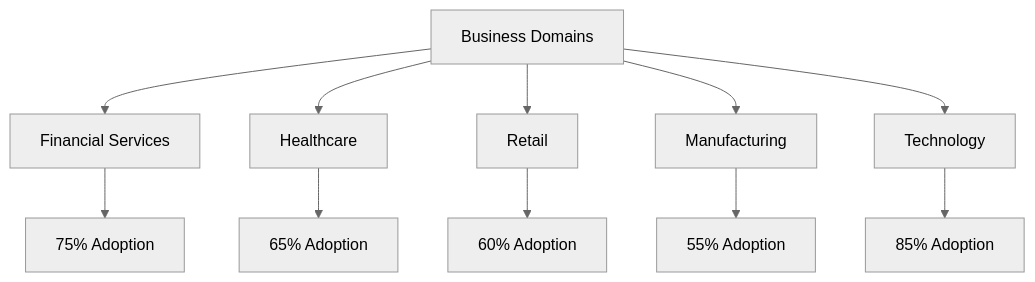
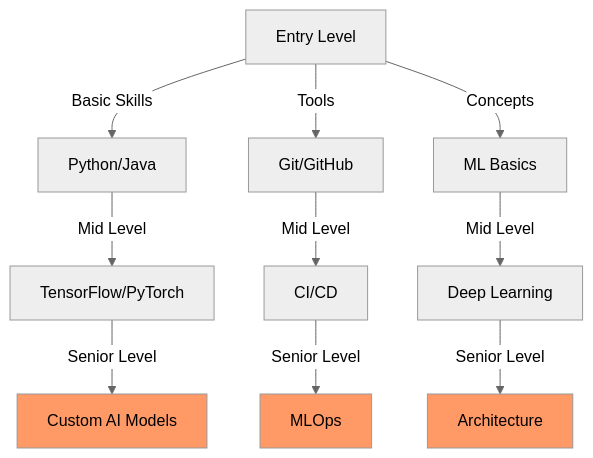
The eighth of 10 diagrams in data/final_report.md (vgiri2015/ai-agentic-rag-job-market-analysis), drawn with Mermaid (neutral theme) before and after one commit. The commit also changed other lines of this file and 1 other file, not shown here.

````diff
--- a/data/final_report.md
+++ b/data/final_report.md
@@ -70,14 +242,15 @@
 ```mermaid
 graph TD
-    A[Business Domains] --> B[Financial Services]
-    A --> C[Healthcare]
-    A --> D[Retail]
-    A --> E[Manufacturing]
-    A --> F[Technology]
-    
-    B --> B1[75% Adoption]
-    C --> C1[65% Adoption]
-    D --> D1[60% Adoption]
-    E --> E1[55% Adoption]
-    F --> F1[85% Adoption]
+    A[Entry Level] -->|Basic Skills| B[Python/Java]
+    A -->|Tools| C[Git/GitHub]
+    A -->|Concepts| D[ML Basics]
+    B -->|Mid Level| E[TensorFlow/PyTorch]
+    C -->|Mid Level| F[CI/CD]
+    D -->|Mid Level| G[Deep Learning]
+    E -->|Senior Level| H[Custom AI Models]
+    F -->|Senior Level| I[MLOps]
+    G -->|Senior Level| J[Architecture]
+    style H fill:#f96
+    style I fill:#f96
+    style J fill:#f96
 ```
````
